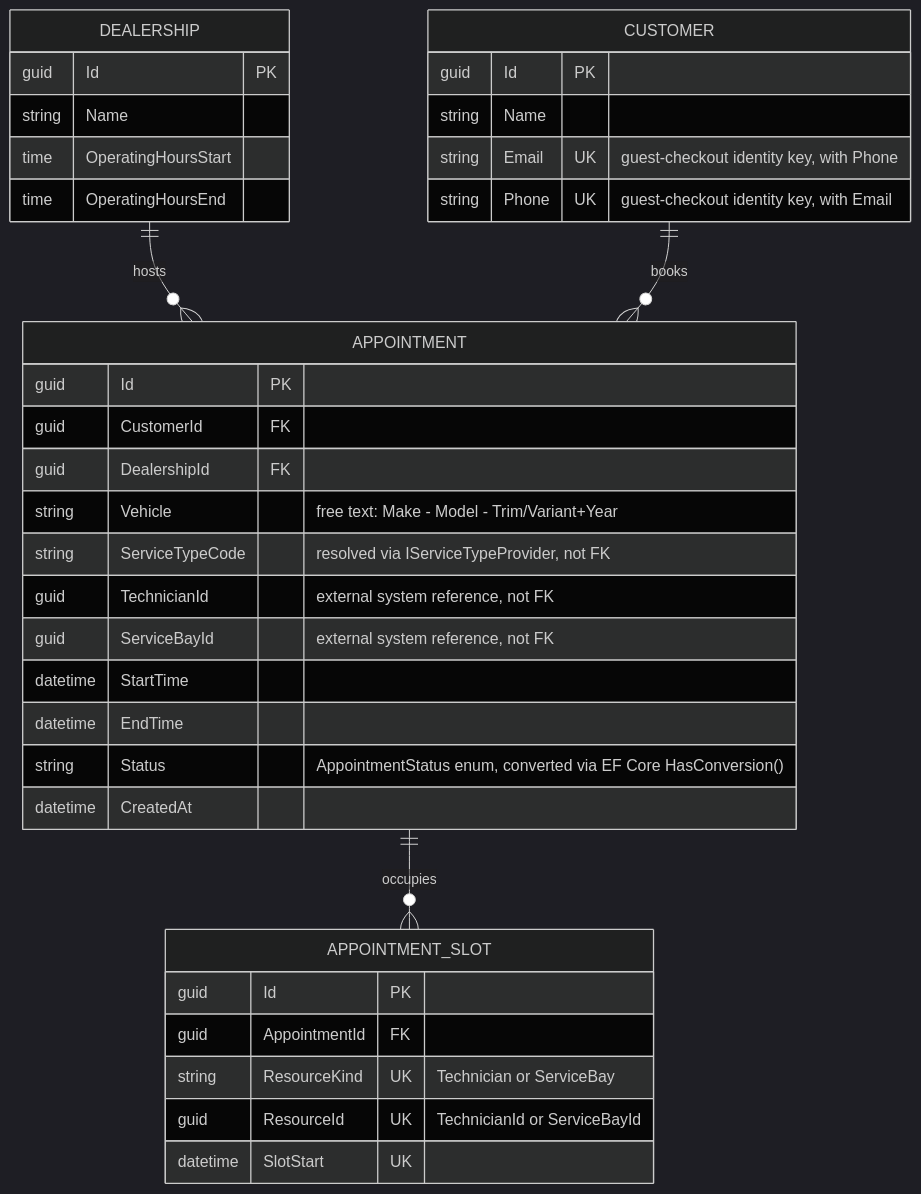
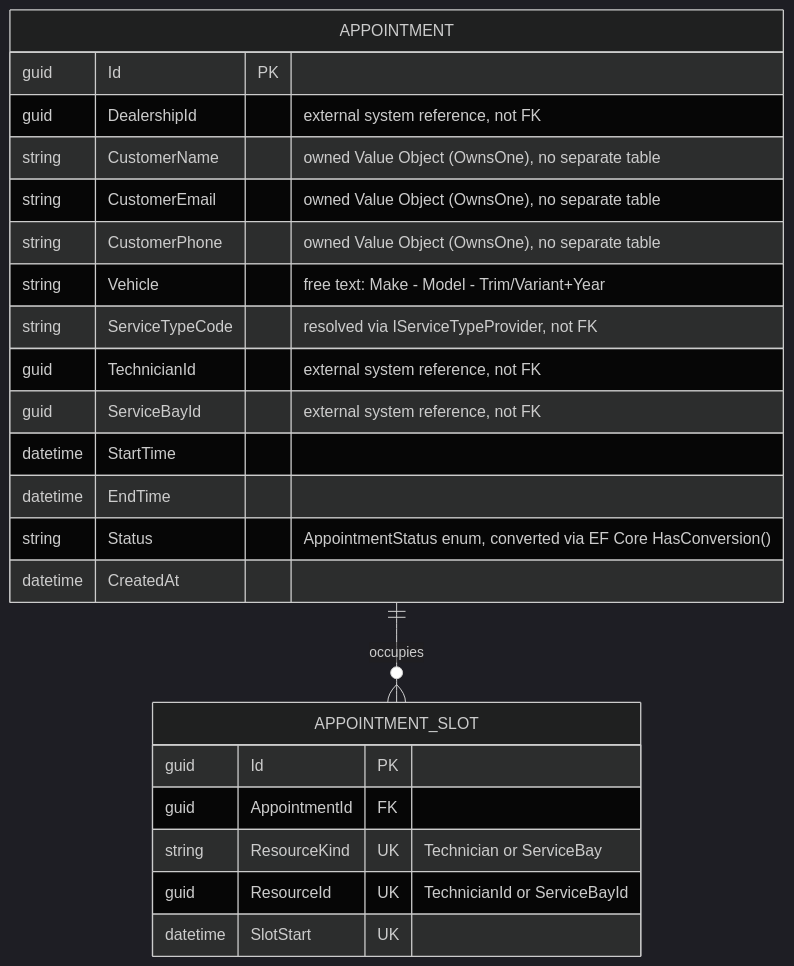
The eighth of 9 diagrams in architecture.md (wesilios/unified-service-scheduler), drawn with Mermaid (dark theme) before and after one commit. The commit also changed other lines of this file and 3 other files, not shown here.

````diff
--- a/architecture.md
+++ b/architecture.md
@@ -640,42 +741,28 @@
 ```mermaid
 erDiagram
-    DEALERSHIP ||--o{ APPOINTMENT : hosts
-    CUSTOMER ||--o{ APPOINTMENT : books
     APPOINTMENT ||--o{ APPOINTMENT_SLOT : occupies
-
-    DEALERSHIP {
-        guid Id PK
-        string Name
-        time OperatingHoursStart
-        time OperatingHoursEnd
-    }
-
-    CUSTOMER {
-        guid Id PK
-        string Name
-        string Email UK "guest-checkout identity key, with Phone"
-        string Phone UK "guest-checkout identity key, with Email"
-    }
 
     APPOINTMENT {
         guid Id PK
-        guid CustomerId FK
-        guid DealershipId FK
+        guid DealershipId "external system reference, not FK"
+        string CustomerName "owned Value Object (OwnsOne), no separate table"
+        string CustomerEmail "owned Value Object (OwnsOne), no separate table"
+        string CustomerPhone "owned Value Object (OwnsOne), no separate table"
         string Vehicle "free text: Make - Model - Trim/Variant+Year"
         string ServiceTypeCode "resolved via IServiceTypeProvider, not FK"
         guid TechnicianId "external system reference, not FK"
         guid ServiceBayId "external system reference, not FK"
         datetime StartTime
         datetime EndTime
         string Status "AppointmentStatus enum, converted via EF Core HasConversion<string>()"
         datetime CreatedAt
     }
 
     APPOINTMENT_SLOT {
         guid Id PK
         guid AppointmentId FK
         string ResourceKind UK "Technician or ServiceBay"
         guid ResourceId UK "TechnicianId or ServiceBayId"
         datetime SlotStart UK
     }
 ```
````
